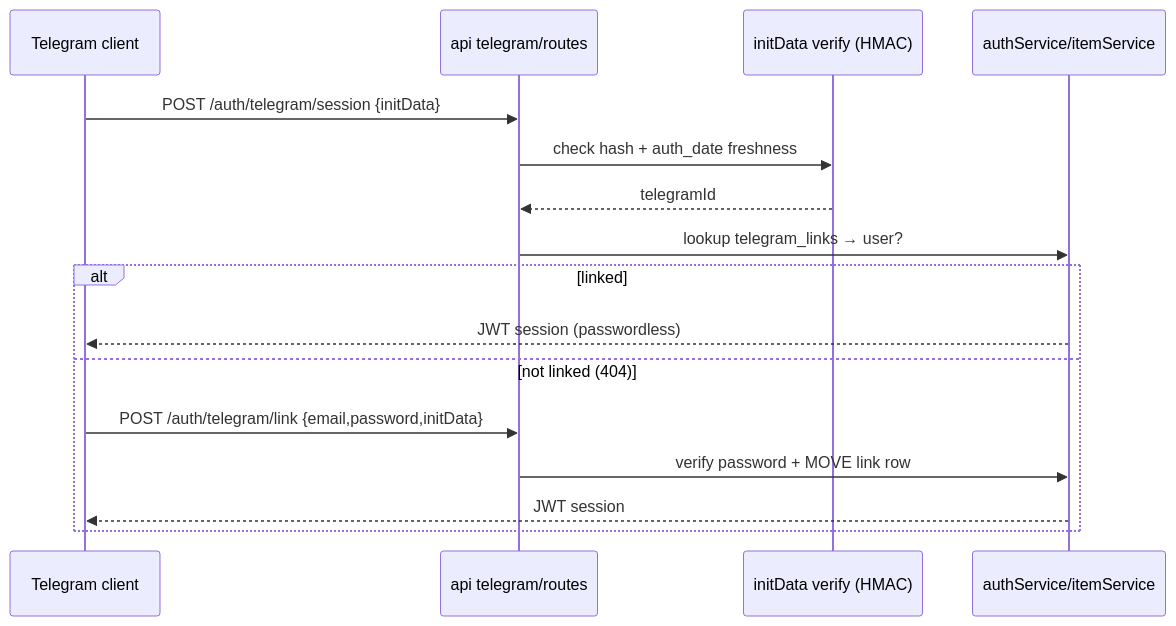
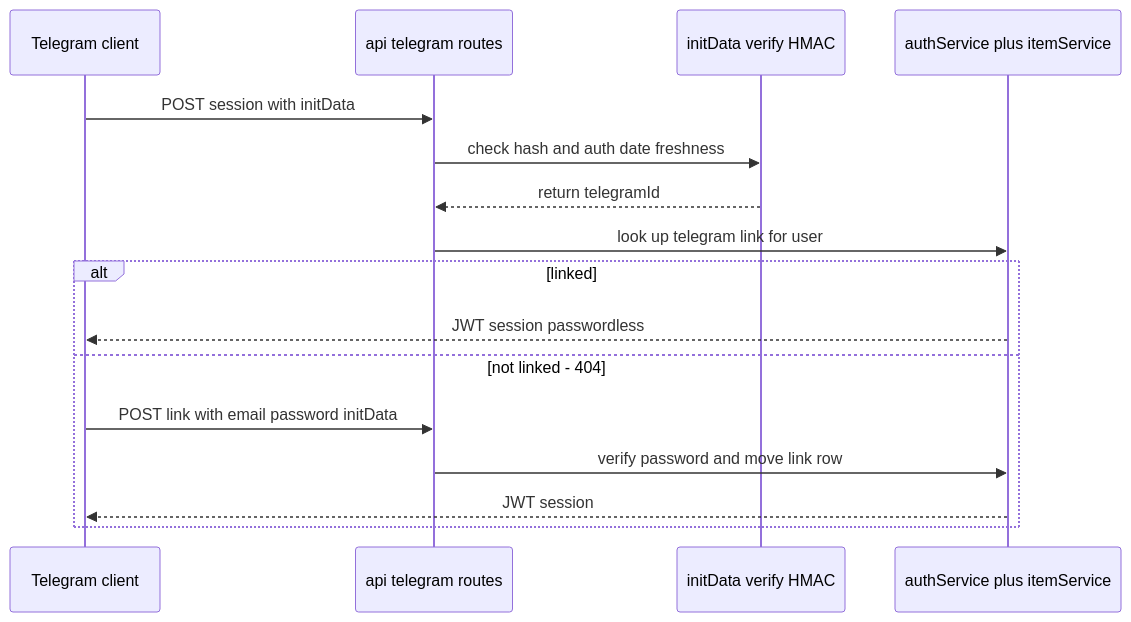
One commit to Bushische/grocery-app changed the sixth of 10 diagrams in docs/PROJECT_LEARNING.md. Above: the diagram before and after it, drawn with Mermaid. The commit also changed other lines of this file and 6 other files, not shown here.

````diff
--- a/docs/PROJECT_LEARNING.md
+++ b/docs/PROJECT_LEARNING.md
@@ -349,18 +325,18 @@
 ```mermaid
 sequenceDiagram
   participant T as Telegram client
-  participant A as api telegram/routes
-  participant V as initData verify (HMAC)
-  participant S as authService/itemService
-  T->>A: POST /auth/telegram/session {initData}
-  A->>V: check hash + auth_date freshness
-  V-->>A: telegramId
-  A->>S: lookup telegram_links → user?
+  participant A as api telegram routes
+  participant V as initData verify HMAC
+  participant S as authService plus itemService
+  T->>A: POST session with initData
+  A->>V: check hash and auth date freshness
+  V-->>A: return telegramId
+  A->>S: look up telegram link for user
   alt linked
-    S-->>T: JWT session (passwordless)
-  else not linked (404)
-    T->>A: POST /auth/telegram/link {email,password,initData}
-    A->>S: verify password + MOVE link row
+    S-->>T: JWT session passwordless
+  else not linked - 404
+    T->>A: POST link with email password initData
+    A->>S: verify password and move link row
     S-->>T: JWT session
   end
 ```
````
